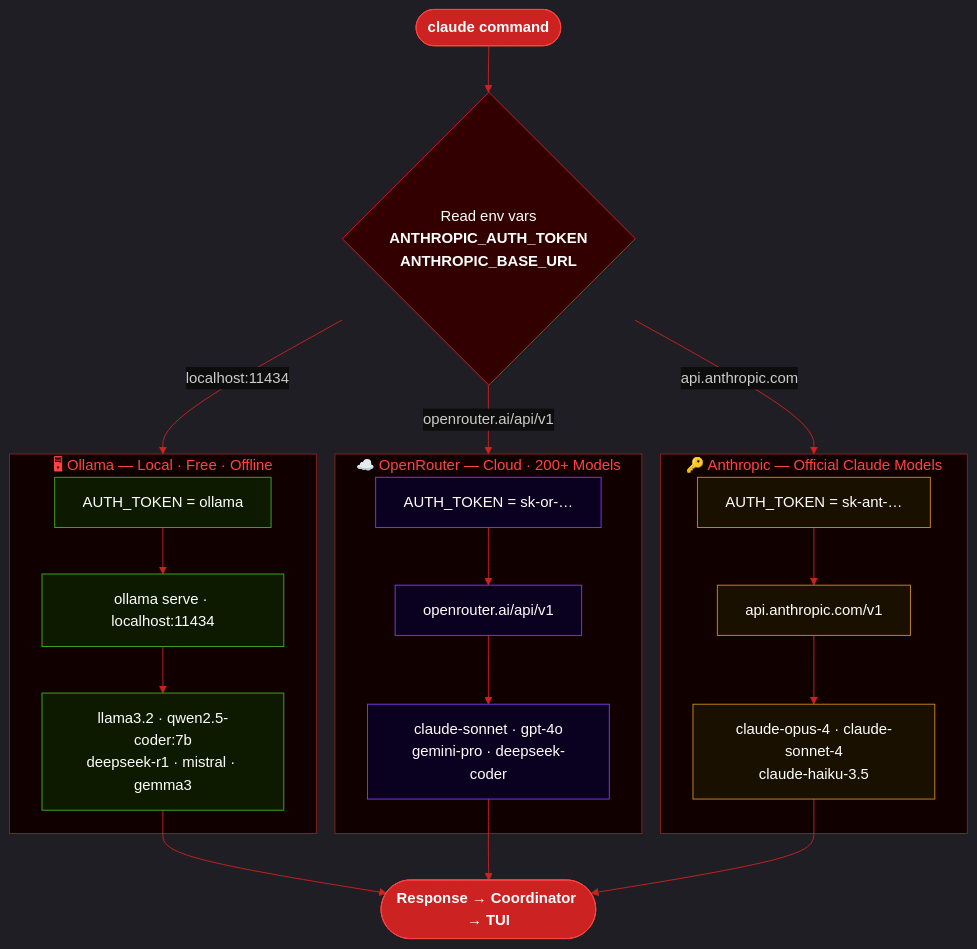
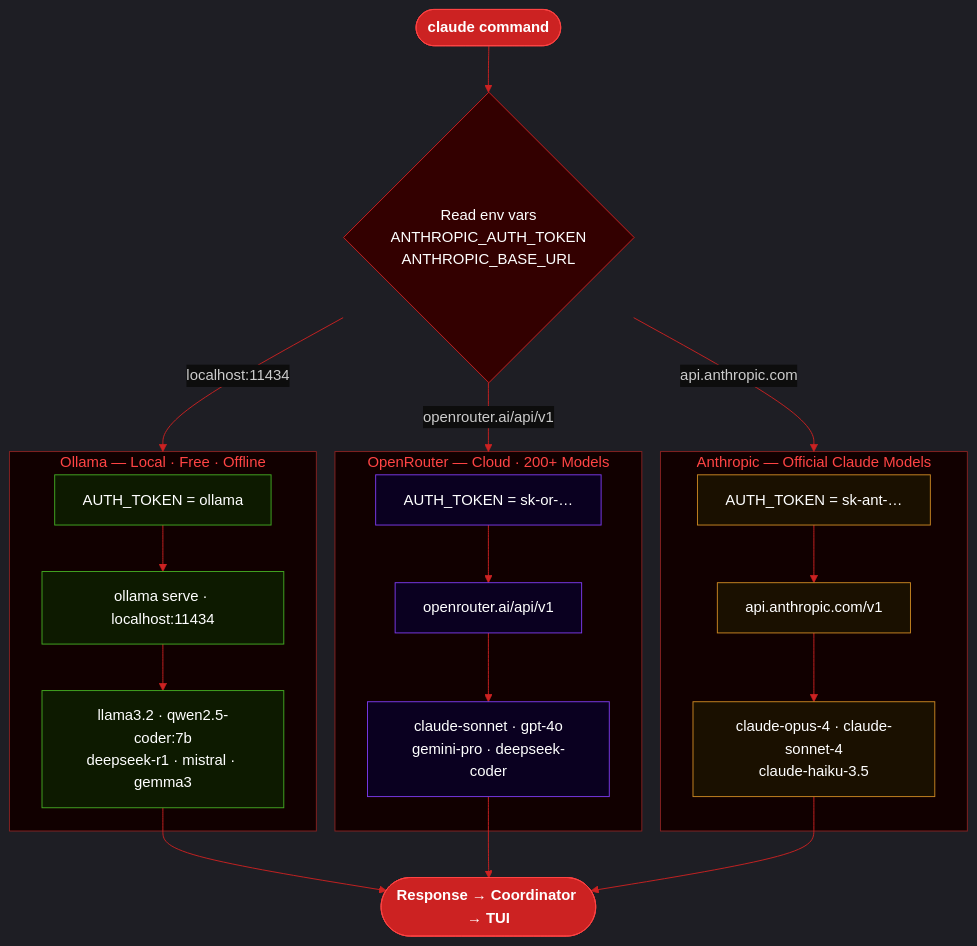
The fourth of 5 diagrams in README.md (lily0ng/claude-code), drawn with Mermaid before and after one commit. The commit also changed other lines of this file, not shown here.

````diff
--- a/README.md
+++ b/README.md
@@ -489,56 +496,55 @@
 ```mermaid
 %%{init: {
   'theme': 'dark',
   'themeVariables': {
     'primaryColor': '#1a0000',
     'primaryTextColor': '#ffffff',
     'primaryBorderColor': '#cc2222',
     'lineColor': '#cc2222',
     'clusterBkg': '#110000',
     'clusterBorder': '#882222',
     'titleColor': '#ff4444',
     'nodeTextColor': '#ffffff',
     'edgeLabelBackground': '#0d0d0d'
   }
 }}%%
 flowchart TD
     START(["`**claude** command`"]):::entry
     ENV{"`Read env vars
-    **ANTHROPIC_AUTH_TOKEN**
-    **ANTHROPIC_BASE_URL**`"}:::decision
+    ANTHROPIC_AUTH_TOKEN
+    ANTHROPIC_BASE_URL`"}:::decision
 
     START --> ENV
-
     ENV -->|"localhost:11434"| OLLAMA
     ENV -->|"openrouter.ai/api/v1"| OPENROUTER
     ENV -->|"api.anthropic.com"| ANTHROPIC
 
-    subgraph OLLAMA["🖥  Ollama — Local · Free · Offline"]
+    subgraph OLLAMA["Ollama — Local · Free · Offline"]
         OA["AUTH_TOKEN = ollama"]:::localnode
         OS["ollama serve · localhost:11434"]:::localnode
         OM["llama3.2 · qwen2.5-coder:7b\ndeepseek-r1 · mistral · gemma3"]:::localnode
         OA --> OS --> OM
     end
 
-    subgraph OPENROUTER["☁️  OpenRouter — Cloud · 200+ Models"]
+    subgraph OPENROUTER["OpenRouter — Cloud · 200+ Models"]
         RA["AUTH_TOKEN = sk-or-…"]:::cloudnode
         RP["openrouter.ai/api/v1"]:::cloudnode
         RM["claude-sonnet · gpt-4o\ngemini-pro · deepseek-coder"]:::cloudnode
         RA --> RP --> RM
     end
 
-    subgraph ANTHROPIC["🔑  Anthropic — Official Claude Models"]
+    subgraph ANTHROPIC["Anthropic — Official Claude Models"]
         AA["AUTH_TOKEN = sk-ant-…"]:::anthropicnode
         AP["api.anthropic.com/v1"]:::anthropicnode
         AM["claude-opus-4 · claude-sonnet-4\nclaude-haiku-3.5"]:::anthropicnode
         AA --> AP --> AM
     end
 
     OM & RM & AM --> RESP(["Response → Coordinator → TUI"]):::entry
 
     classDef entry fill:#cc2222,stroke:#ff4444,color:#fff,font-weight:bold
     classDef decision fill:#330000,stroke:#cc2222,color:#fff
     classDef localnode fill:#0d1a00,stroke:#44aa22,color:#ffffff
     classDef cloudnode fill:#0a0020,stroke:#7c3aed,color:#ffffff
     classDef anthropicnode fill:#1a1000,stroke:#cc8822,color:#ffffff
 ```
````
